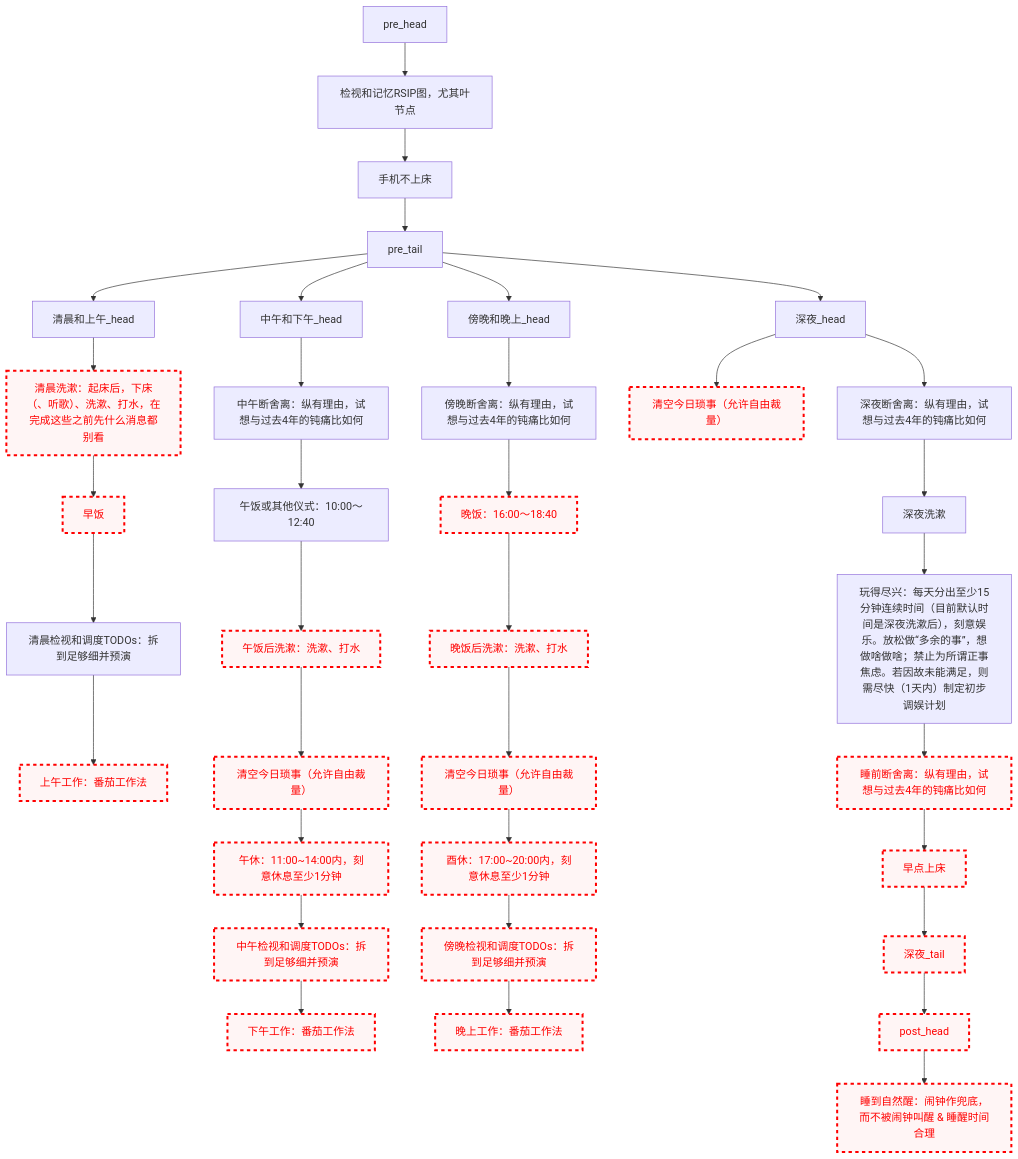
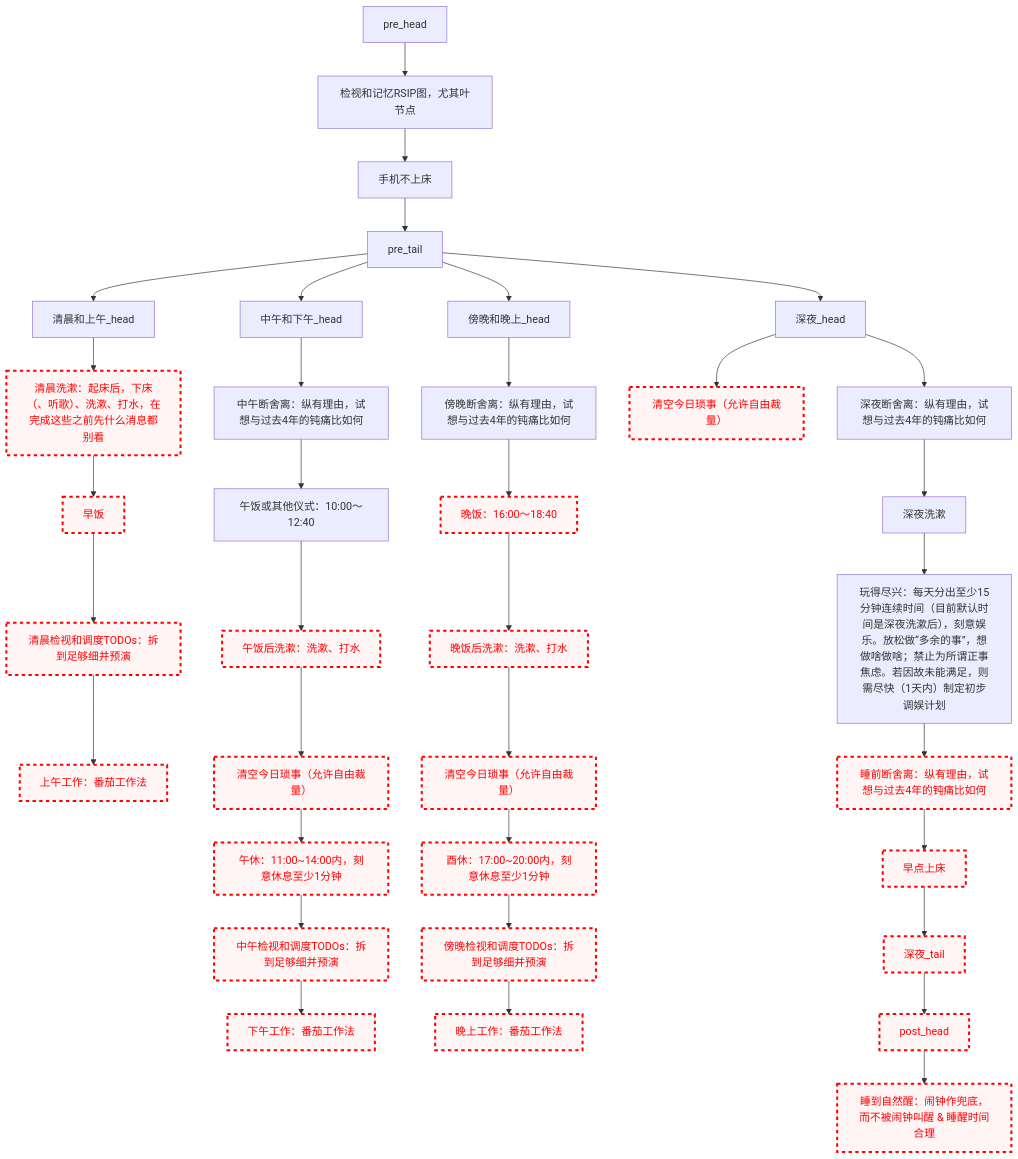
Before and after one commit to Ethkuil/RSIP-tree: the diagram in README.md, drawn with Mermaid.

````diff
--- a/README.md
+++ b/README.md
@@ -21,69 +21,69 @@
 ```mermaid
 graph TD
 
 classDef failed stroke:#ff0000, stroke-width:3px, color:#ff0000, fill:#fff5f5, stroke-dasharray: 5
 
 pre_head --> RSIP[检视和记忆RSIP图，尤其叶节点]
 RSIP --> 手机不上床
 手机不上床 --> pre_tail
 
 
 pre_tail --> 清晨和上午_head
 清晨和上午_head --> 清晨洗漱
 清晨洗漱[清晨洗漱：起床后，下床（、听歌）、洗漱、打水，在完成这些之前先什么消息都别看]
 class 清晨洗漱 failed
 清晨洗漱 --> 早饭
 class 早饭 failed
 早饭 --> 清晨看TODO[清晨检视和调度TODOs：拆到足够细并预演]
-class 清晨看TODO failed.
+class 清晨看TODO failed
 清晨看TODO --> 上午工作[上午工作：番茄工作法]
 class 上午工作 failed
 
 pre_tail --> 中午和下午_head
 中午和下午_head --> 中午断舍离[中午断舍离：纵有理由，试想与过去4年的钝痛比如何]
 中午断舍离 --> 午饭[午饭或其他仪式：10:00～12:40]
 午饭 --> 午饭后洗漱[午饭后洗漱：洗漱、打水]
 class 午饭后洗漱 failed
 午饭后洗漱 --> 中午今日琐事[清空今日琐事（允许自由裁量）]
 class 中午今日琐事 failed
 中午今日琐事 --> 午休[午休：11:00~14:00内，刻意休息至少1分钟]
 class 午休 failed
 午休 --> 中午看TODO[中午检视和调度TODOs：拆到足够细并预演]
 class 中午看TODO failed
 中午看TODO --> 下午工作[下午工作：番茄工作法]
 class 下午工作 failed
 
 pre_tail --> 傍晚和晚上_head
 傍晚和晚上_head --> 傍晚断舍离[傍晚断舍离：纵有理由，试想与过去4年的钝痛比如何]
 傍晚断舍离 --> 晚饭[晚饭：16:00～18:40]
 class 晚饭 failed
 晚饭 --> 晚饭后洗漱[晚饭后洗漱：洗漱、打水]
 class 晚饭后洗漱 failed
 晚饭后洗漱 --> 傍晚今日琐事[清空今日琐事（允许自由裁量）]
 class 傍晚今日琐事 failed
 傍晚今日琐事 --> 酉休[酉休：17:00~20:00内，刻意休息至少1分钟]
 class 酉休 failed
 酉休 --> 傍晚看TODO[傍晚检视和调度TODOs：拆到足够细并预演]
 class 傍晚看TODO failed
 傍晚看TODO --> 晚上工作[晚上工作：番茄工作法]
 class 晚上工作 failed
 
 pre_tail --> 深夜_head
 深夜_head --> 深夜今日琐事[清空今日琐事（允许自由裁量）]
 class 深夜今日琐事 failed
 深夜_head --> 深夜断舍离[深夜断舍离：纵有理由，试想与过去4年的钝痛比如何]
 深夜断舍离 --> 深夜洗漱
 深夜洗漱 --> 玩得尽兴[玩得尽兴：每天分出至少15分钟连续时间（目前默认时间是深夜洗漱后），刻意娱乐。放松做“多余的事”，想做啥做啥；禁止为所谓正事焦虑。若因故未能满足，则需尽快（1天内）制定初步调娱计划]
 玩得尽兴 --> 睡前断舍离[睡前断舍离：纵有理由，试想与过去4年的钝痛比如何]
 class 睡前断舍离 failed
 睡前断舍离 --> 早点上床
 class 早点上床 failed
 早点上床 --> 深夜_tail
 class 深夜_tail failed
 
 
 深夜_tail --> post_head
 class post_head failed
 post_head --> 睡到自然醒[睡到自然醒：闹钟作兜底，而不被闹钟叫醒 & 睡醒时间合理]
 class 睡到自然醒 failed
 ```
````
